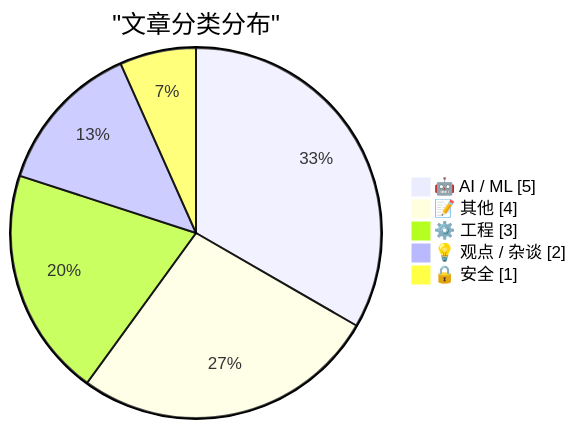
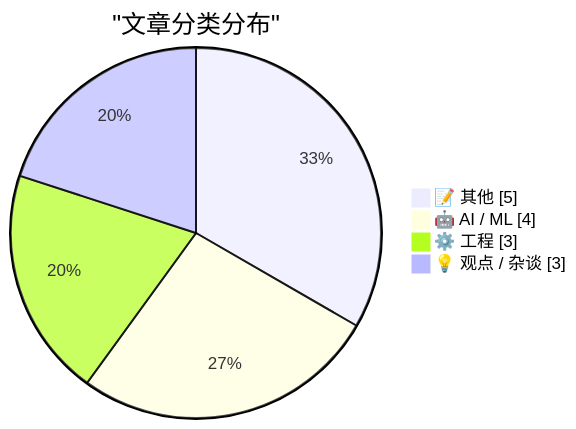
Before and after one commit to Yeadon8888/digest-news-viewer: the first of 2 diagrams in public/data/digest-latest.md, drawn with Mermaid. The commit also changed other lines of this file, not shown here.

````diff
--- a/public/data/digest-latest.md
+++ b/public/data/digest-latest.md
@@ -53,9 +53,8 @@
 ```mermaid
 pie showData
     title "文章分类分布"
-    "🤖 AI / ML" : 5
-    "📝 其他" : 4
+    "📝 其他" : 5
+    "🤖 AI / ML" : 4
     "⚙️ 工程" : 3
-    "💡 观点 / 杂谈" : 2
-    "🔒 安全" : 1
+    "💡 观点 / 杂谈" : 3
 ```
````
